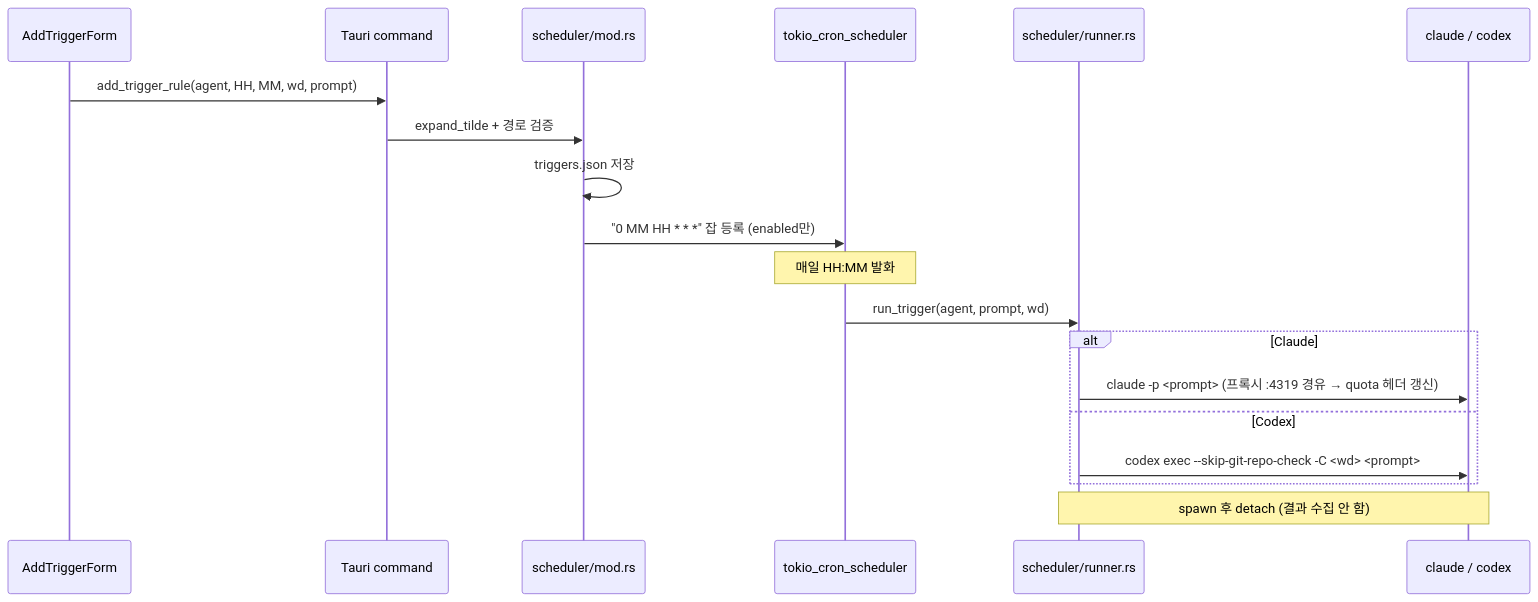
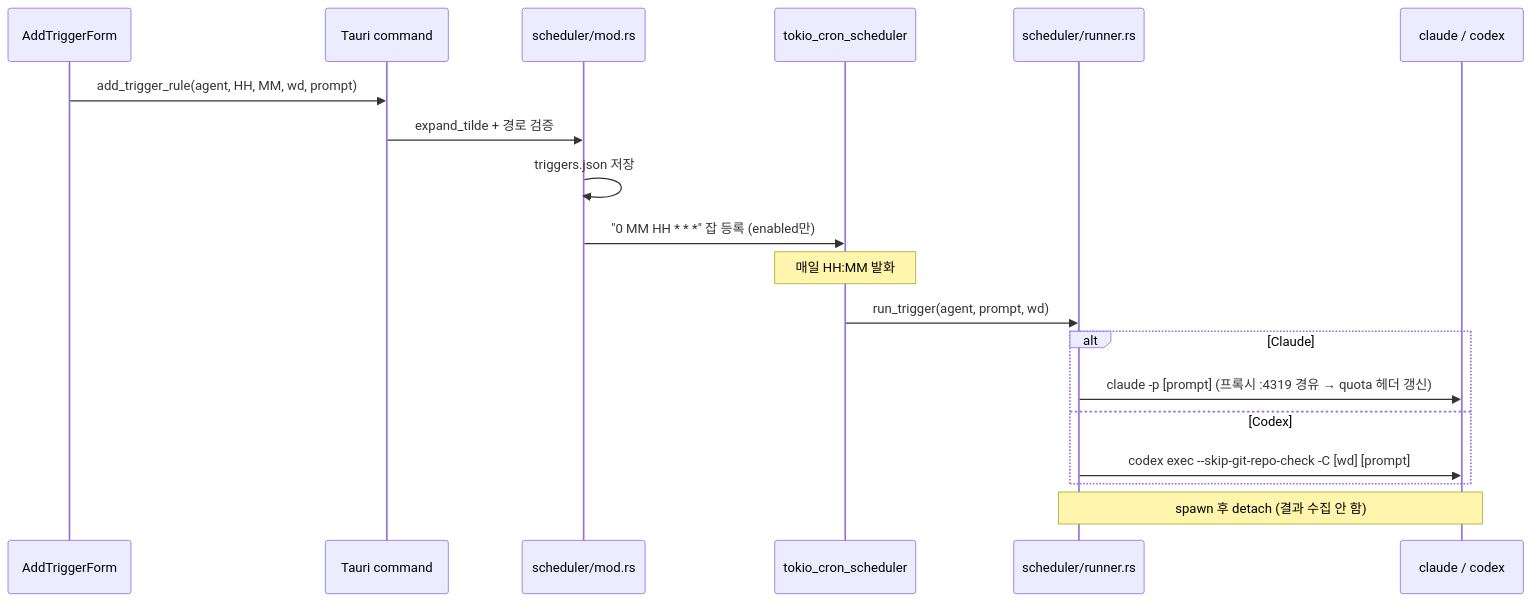
Before and after one commit to manaes/AIAgentMonitor: the third of 3 diagrams in README.md, drawn with Mermaid. The commit also changed other lines of this file, not shown here.

Commit message:
fix(docs): Mermaid 엣지 라벨 괄호/따옴표·시퀀스 angle bracket 파싱 오류 수정

````diff
--- a/README.md
+++ b/README.md
@@ -179,22 +179,22 @@
 ```mermaid
 sequenceDiagram
     participant UI as AddTriggerForm
     participant Cmd as Tauri command
     participant Sch as scheduler/mod.rs
     participant Cron as tokio_cron_scheduler
     participant Run as scheduler/runner.rs
     participant Agent as claude / codex
 
     UI->>Cmd: add_trigger_rule(agent, HH, MM, wd, prompt)
     Cmd->>Sch: expand_tilde + 경로 검증
     Sch->>Sch: triggers.json 저장
     Sch->>Cron: "0 MM HH * * *" 잡 등록 (enabled만)
     Note over Cron: 매일 HH:MM 발화
     Cron->>Run: run_trigger(agent, prompt, wd)
     alt Claude
-        Run->>Agent: claude -p <prompt> (프록시 :4319 경유 → quota 헤더 갱신)
+        Run->>Agent: claude -p [prompt] (프록시 :4319 경유 → quota 헤더 갱신)
     else Codex
-        Run->>Agent: codex exec --skip-git-repo-check -C <wd> <prompt>
+        Run->>Agent: codex exec --skip-git-repo-check -C [wd] [prompt]
     end
     Note over Run,Agent: spawn 후 detach (결과 수집 안 함)
 ```
````
